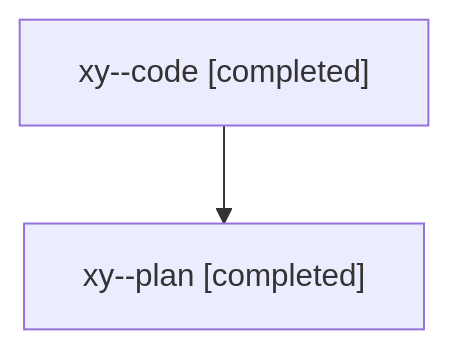
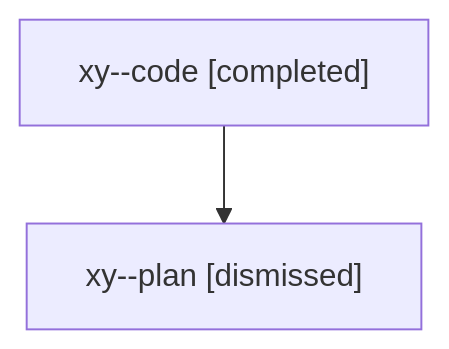
Before and after one commit to sase-org/sase--agents: the diagram in families/bbugyi200.athena.xy.md, drawn with Mermaid. The commit also changed other lines of this file and 1973 other files, not shown here.

````diff
--- a/families/bbugyi200.athena.xy.md
+++ b/families/bbugyi200.athena.xy.md
@@ -9,6 +9,6 @@
 ```mermaid
 flowchart TD
   n0["xy--code [completed]"]
-  n1["xy--plan [completed]"]
+  n1["xy--plan [dismissed]"]
   n0 --> n1
 ```
````
